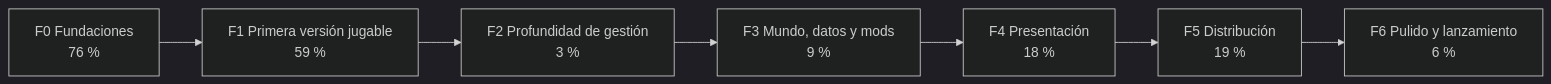
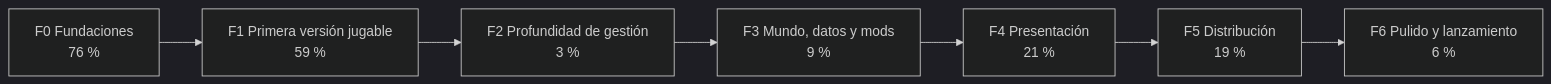
The first of 2 diagrams in README.md (dariogea/BM27), drawn with Mermaid (dark theme) before and after one commit. The commit also changed other lines of this file and 12 other files, not shown here.

````diff
--- a/README.md
+++ b/README.md
@@ -91,11 +91,11 @@
 ```mermaid
 flowchart LR
   F0["F0 Fundaciones<br/>76 %"]
   F1["F1 Primera versión jugable<br/>59 %"]
   F2["F2 Profundidad de gestión<br/>3 %"]
   F3["F3 Mundo, datos y mods<br/>9 %"]
-  F4["F4 Presentación<br/>18 %"]
+  F4["F4 Presentación<br/>21 %"]
   F5["F5 Distribución<br/>19 %"]
   F6["F6 Pulido y lanzamiento<br/>6 %"]
   F0 --> F1 --> F2 --> F3 --> F4 --> F5 --> F6
 ```
````
